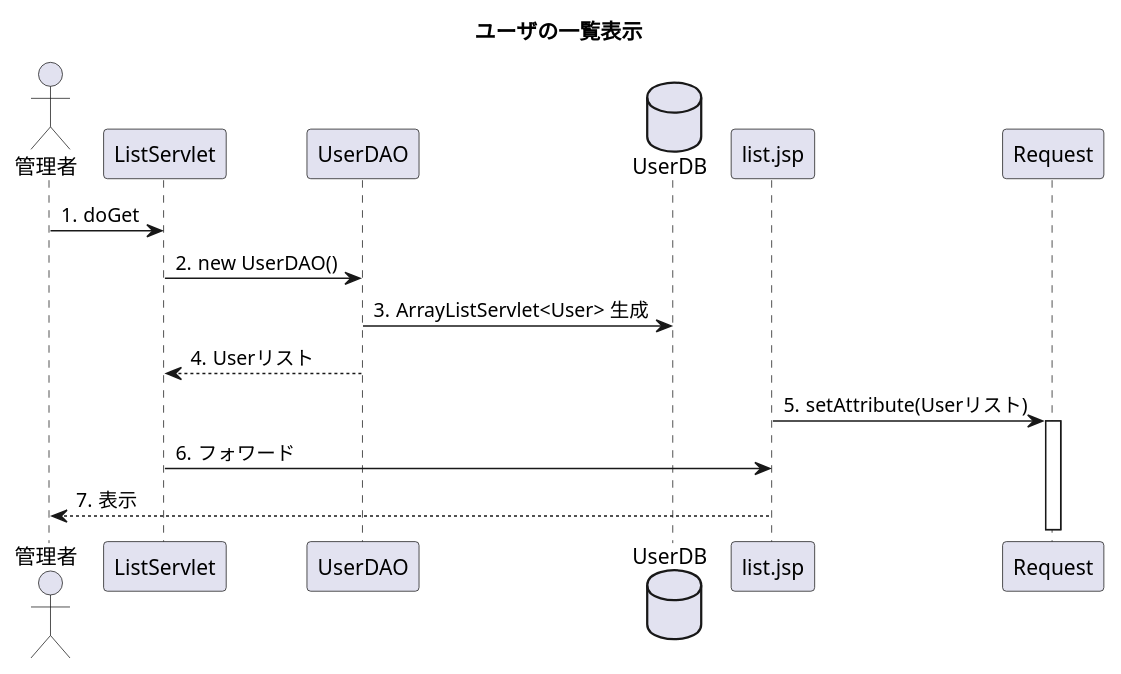
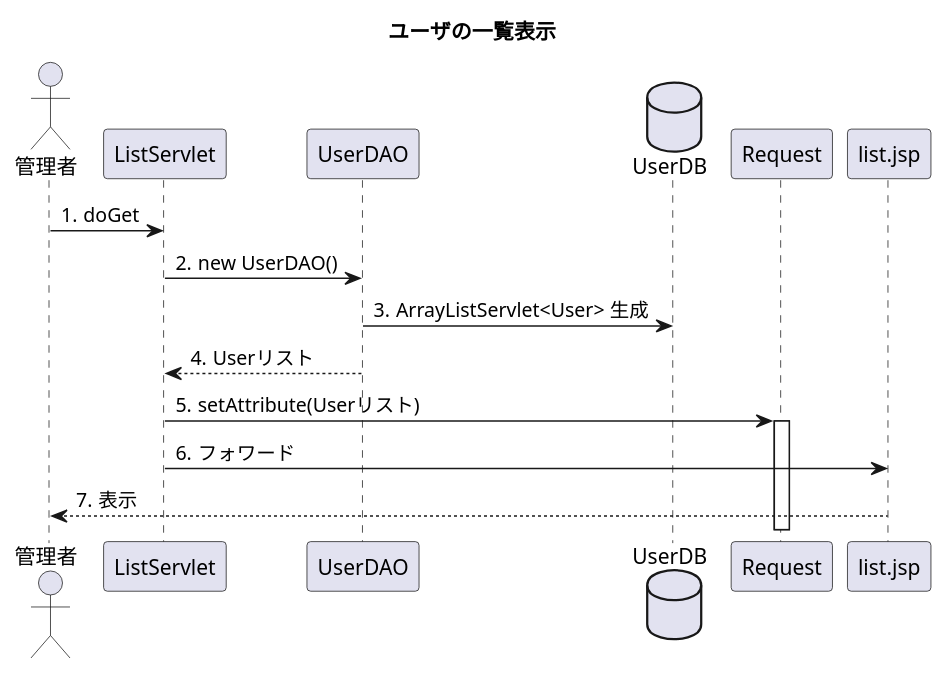
The diagram in uml_detail/seq_listup.pu (toufu66/ProjectC), drawn with PlantUML before and after one commit.

Commit message:
詳細シーケンス ユーザ一覧

```diff
--- a/uml_detail/seq_listup.pu
+++ b/uml_detail/seq_listup.pu
@@ -1,21 +1,21 @@
 @startuml
 title ユーザの一覧表示
 
 autonumber "#."
 
 actor 管理者
 
 participant ListServlet
 participant UserDAO
 database UserDB
 
 
 管理者->ListServlet:doGet
 ListServlet->UserDAO:new UserDAO()
 UserDAO->UserDB:ArrayListServlet<User> 生成
 UserDAO-->ListServlet:Userリスト
-list.jsp -> Request++:setAttribute(Userリスト)
+ListServlet -> Request++:setAttribute(Userリスト)
 ListServlet -> list.jsp:フォワード
 list.jsp-->管理者:表示
 
 @enduml
```
